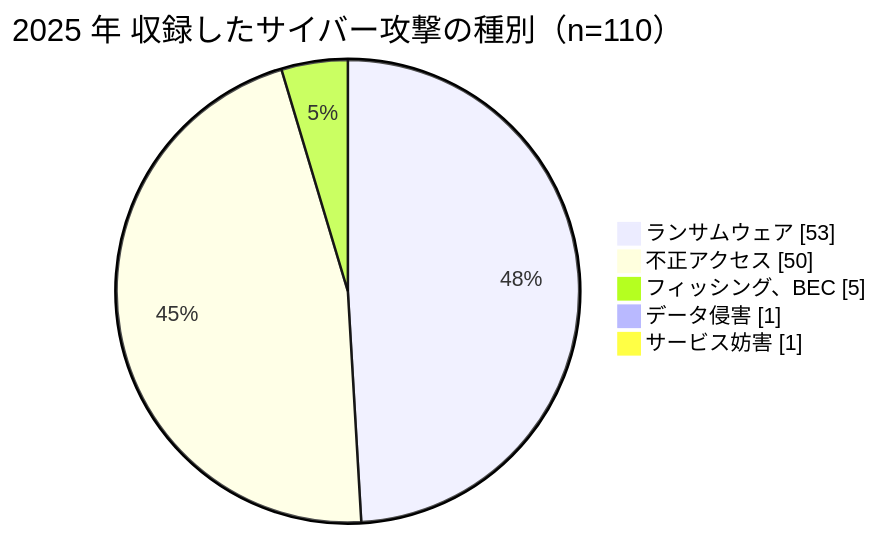
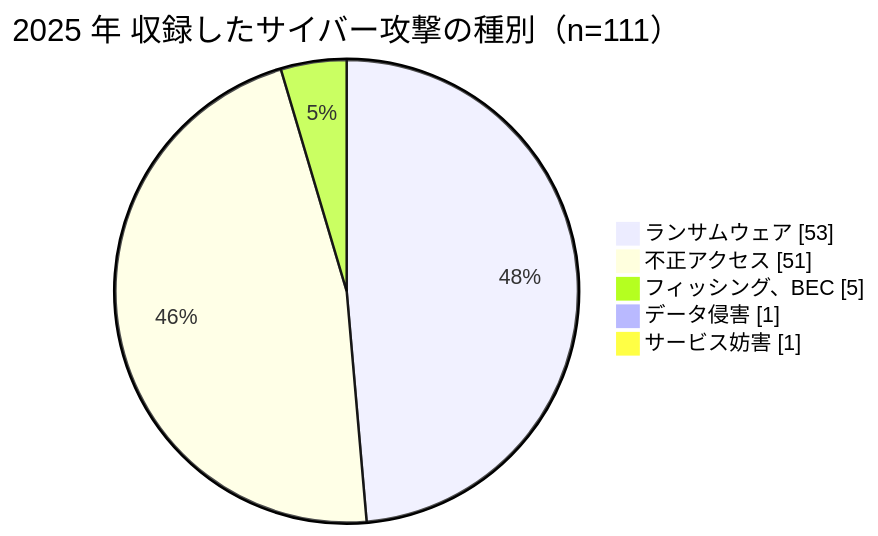
Before and after one commit to scgajge12/awesome-healthcare-security: the first of 21 diagrams in docs/threats/incidents/years/2025-summary.md, drawn with Mermaid. The commit also changed other lines of this file and 6 other files, not shown here.

````diff
--- a/docs/threats/incidents/years/2025-summary.md
+++ b/docs/threats/incidents/years/2025-summary.md
@@ -83,9 +84,9 @@
 ```mermaid
 pie showData
-    title 2025 年 収録したサイバー攻撃の種別（n=110）
+    title 2025 年 収録したサイバー攻撃の種別（n=111）
     "ランサムウェア" : 53
-    "不正アクセス" : 50
+    "不正アクセス" : 51
     "フィッシング、BEC" : 5
     "データ侵害" : 1
     "サービス妨害" : 1
 ```
````
